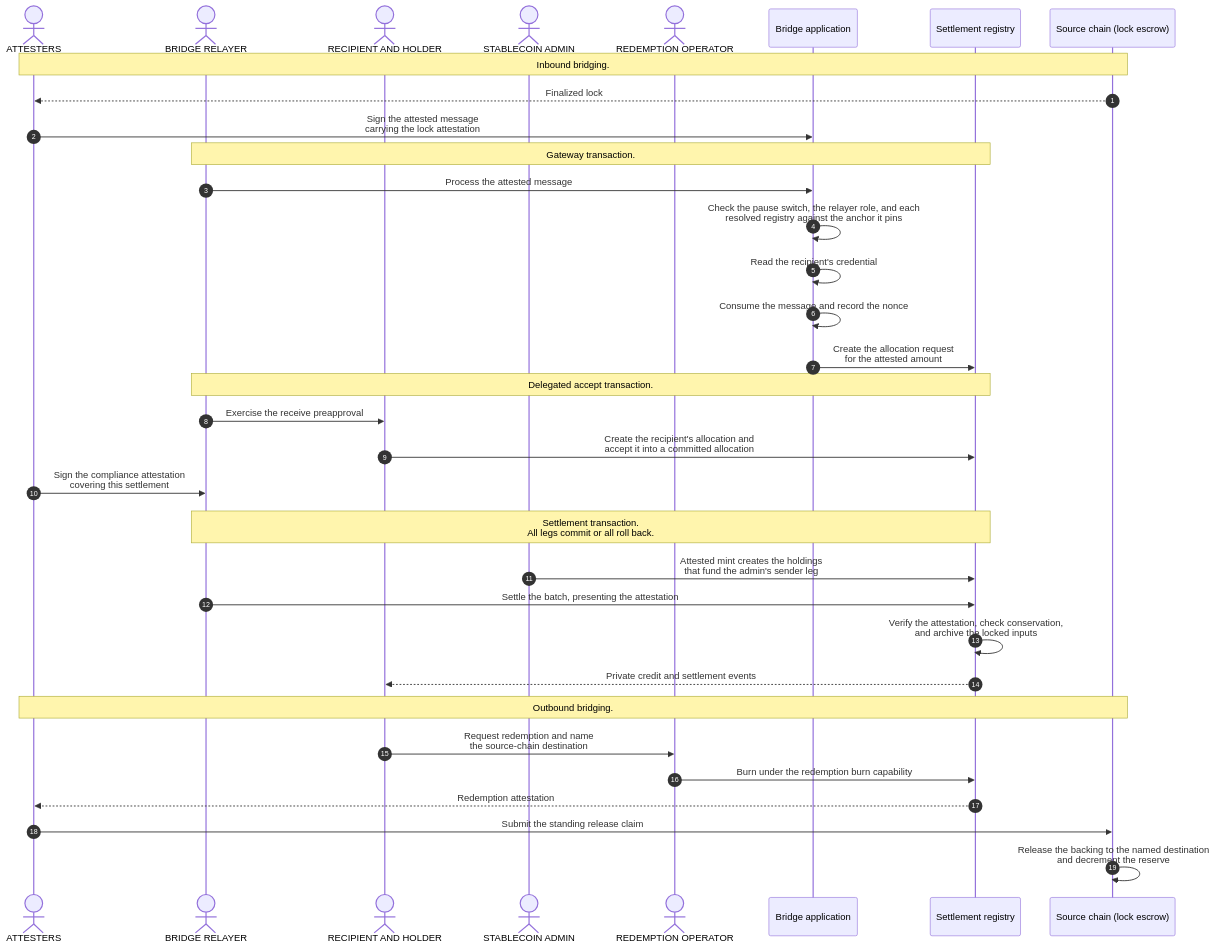
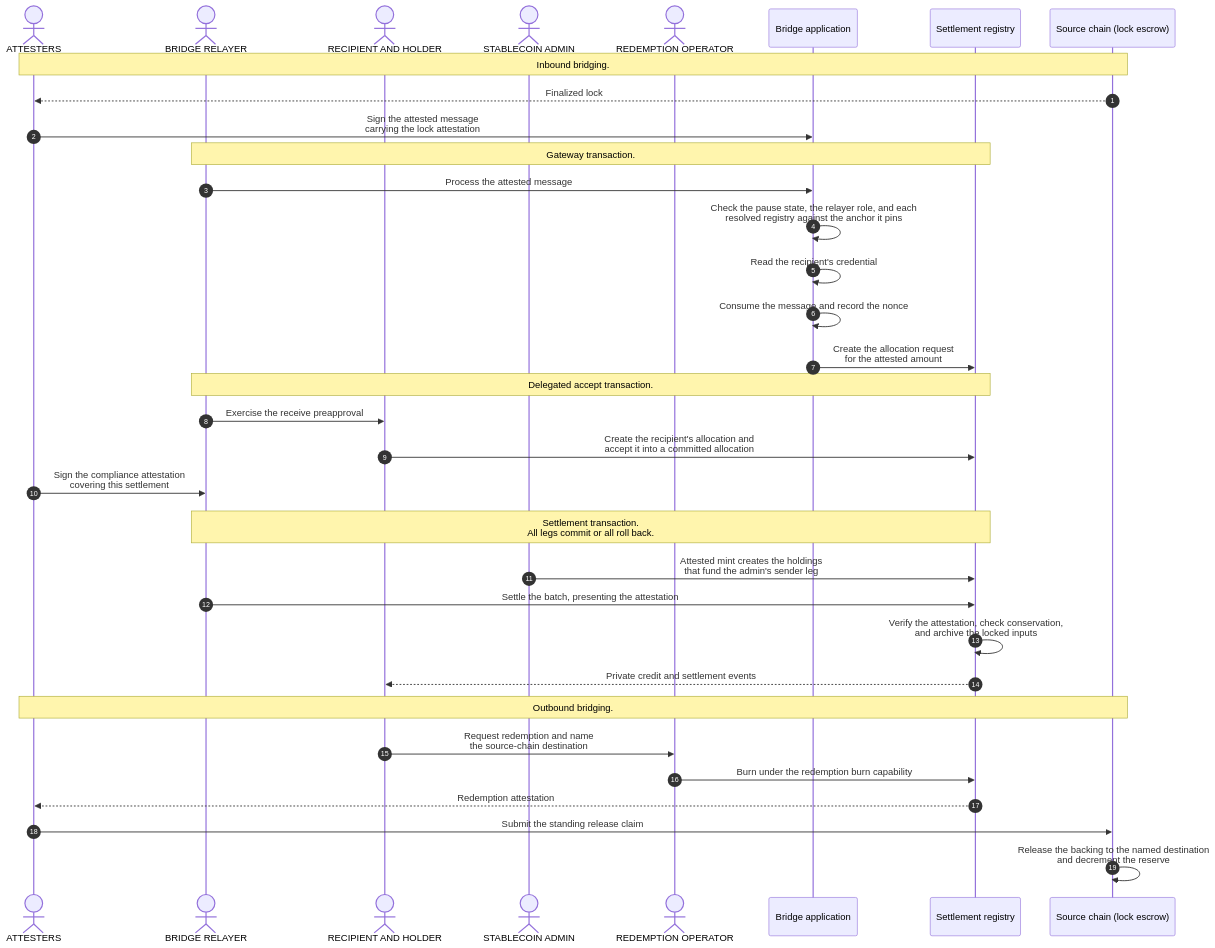
The diagram in docs/reference-architectures/cross-chain-stablecoin.md (OpenZeppelin/canton-specs), drawn with Mermaid before and after one commit. The commit also changed other lines of this file, not shown here.

Commit message:
use "pause state" instead of "pause switch"

````diff
--- a/docs/reference-architectures/cross-chain-stablecoin.md
+++ b/docs/reference-architectures/cross-chain-stablecoin.md
@@ -244,39 +244,39 @@
 ```mermaid
 sequenceDiagram
     autonumber
     actor Attesters as ATTESTERS
     actor Relayer as BRIDGE RELAYER
     actor Recipient as RECIPIENT AND HOLDER
     actor Admin as STABLECOIN ADMIN
     actor Operator as REDEMPTION OPERATOR
     participant App as Bridge application
     participant Registry as Settlement registry
     participant Chain as Source chain (lock escrow)
 
     Note over Attesters,Chain: Inbound bridging.
     Chain-->>Attesters: Finalized lock
     Attesters->>App: Sign the attested message<br/>carrying the lock attestation
     Note over Relayer,Registry: Gateway transaction.
     Relayer->>App: Process the attested message
-    App->>App: Check the pause switch, the relayer role, and each<br/>resolved registry against the anchor it pins
+    App->>App: Check the pause state, the relayer role, and each<br/>resolved registry against the anchor it pins
     App->>App: Read the recipient's credential
     App->>App: Consume the message and record the nonce
     App->>Registry: Create the allocation request<br/>for the attested amount
     Note over Relayer,Registry: Delegated accept transaction.
     Relayer->>Recipient: Exercise the receive preapproval
     Recipient->>Registry: Create the recipient's allocation and<br/>accept it into a committed allocation
     Attesters->>Relayer: Sign the compliance attestation<br/>covering this settlement
     rect rgba(255, 255, 255, .1)
         Note over Relayer,Registry: Settlement transaction.<br/>All legs commit or all roll back.
         Admin->>Registry: Attested mint creates the holdings<br/>that fund the admin's sender leg
         Relayer->>Registry: Settle the batch, presenting the attestation
         Registry->>Registry: Verify the attestation, check conservation,<br/>and archive the locked inputs
         Registry-->>Recipient: Private credit and settlement events
     end
     Note over Attesters,Chain: Outbound bridging.
     Recipient->>Operator: Request redemption and name<br/>the source-chain destination
     Operator->>Registry: Burn under the redemption burn capability
     Registry-->>Attesters: Redemption attestation
     Attesters->>Chain: Submit the standing release claim
     Chain->>Chain: Release the backing to the named destination<br/>and decrement the reserve
 ```
````
